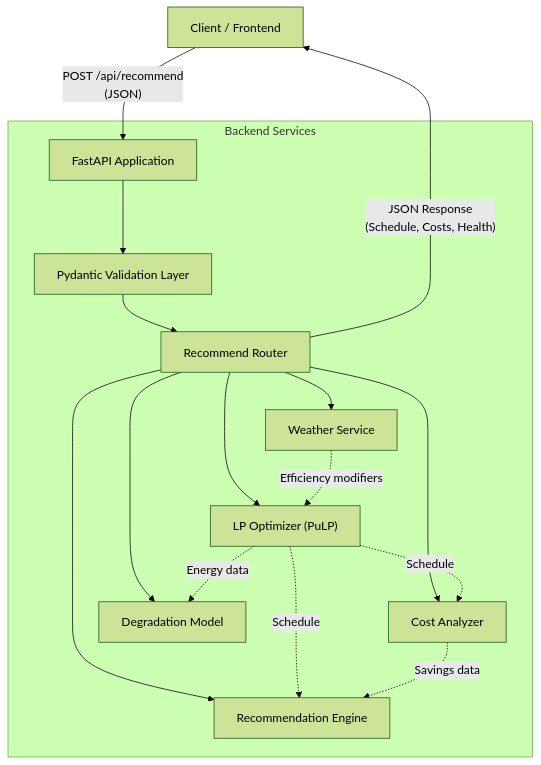
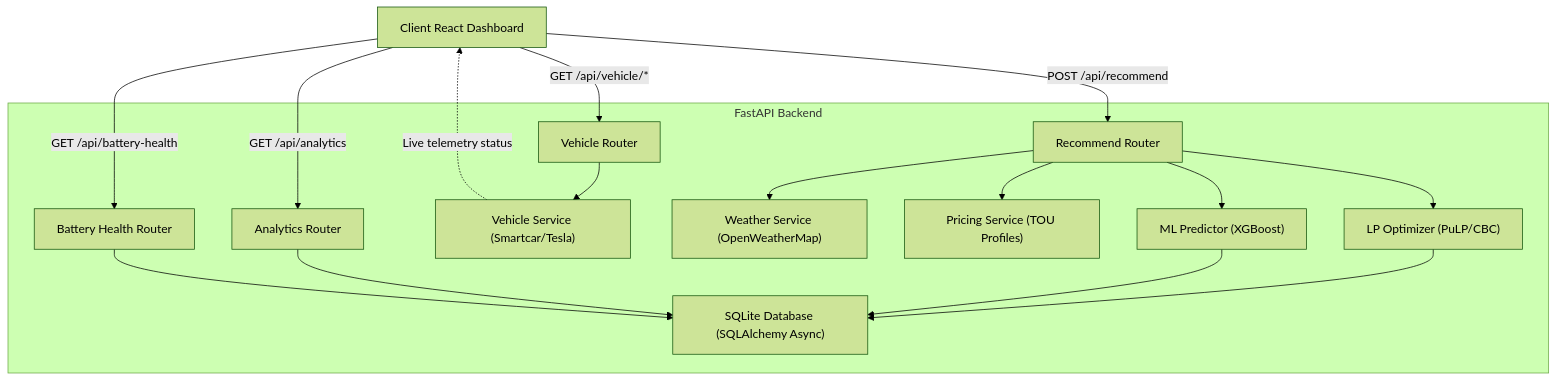
One commit to swayam45-wq/EV-prediction changed the diagram in docs/02_architecture.md. Above: the diagram before and after it, drawn with Mermaid (forest theme). The commit also changed other lines of this file and 5 other files, not shown here.

Commit message:
docs: update system design, V2G LP equations, endpoints, and frontend telemetry docs for Phase 4 & 4b

````diff
--- a/docs/02_architecture.md
+++ b/docs/02_architecture.md
@@ -7,23 +7,39 @@
 ```mermaid
 flowchart TD
-    Client["Client / Frontend"] -- "POST /api/recommend\n(JSON)" --> FastAPI["FastAPI Application"]
+    Client["Client React Dashboard"]
     
-    subgraph Backend Services
-        FastAPI --> Validation["Pydantic Validation Layer"]
-        Validation --> Router["Recommend Router"]
+    subgraph FastAPI Backend
+        RouterRecommend["Recommend Router"]
+        RouterVehicle["Vehicle Router"]
+        RouterAnalytics["Analytics Router"]
+        RouterHealth["Battery Health Router"]
         
-        Router --> Weather["Weather Service"]
-        Router --> Optimizer["LP Optimizer (PuLP)"]
-        Router --> CostAnalyzer["Cost Analyzer"]
-        Router --> Degradation["Degradation Model"]
-        Router --> Explainer["Recommendation Engine"]
+        ServiceVehicle["Vehicle Service (Smartcar/Tesla)"]
+        ServiceWeather["Weather Service (OpenWeatherMap)"]
+        ServicePrices["Pricing Service (TOU Profiles)"]
+        ServiceOptimizer["LP Optimizer (PuLP/CBC)"]
+        ServiceML["ML Predictor (XGBoost)"]
         
-        Weather -. "Efficiency modifiers" .-> Optimizer
-        Optimizer -. "Schedule" .-> CostAnalyzer
-        Optimizer -. "Energy data" .-> Degradation
-        Optimizer -. "Schedule" .-> Explainer
-        CostAnalyzer -. "Savings data" .-> Explainer
+        DB["SQLite Database (SQLAlchemy Async)"]
     end
     
-    Router -- "JSON Response\n(Schedule, Costs, Health)" --> Client
+    %% API Requests
+    Client -- "POST /api/recommend" --> RouterRecommend
+    Client -- "GET /api/vehicle/*" --> RouterVehicle
+    Client -- "GET /api/analytics" --> RouterAnalytics
+    Client -- "GET /api/battery-health" --> RouterHealth
+    
+    %% Telemetry & external calls
+    RouterVehicle --> ServiceVehicle
+    ServiceVehicle -. "Live telemetry status" .-> Client
+    
+    RouterRecommend --> ServiceWeather
+    RouterRecommend --> ServicePrices
+    RouterRecommend --> ServiceOptimizer
+    RouterRecommend --> ServiceML
+    
+    ServiceOptimizer --> DB
+    ServiceML --> DB
+    RouterAnalytics --> DB
+    RouterHealth --> DB
 ```
````
